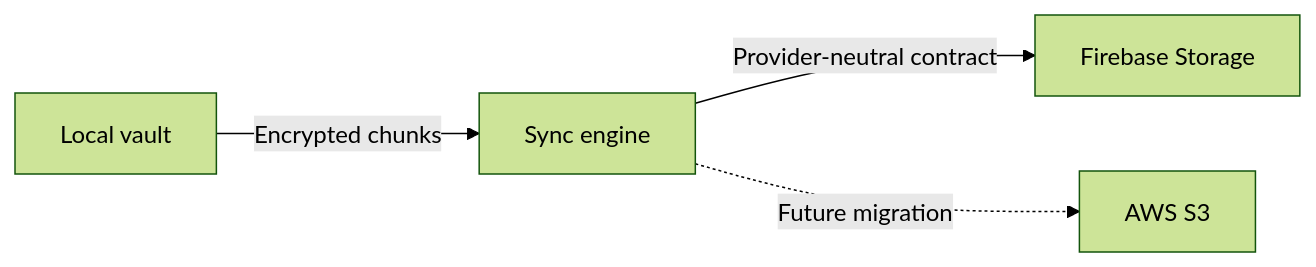
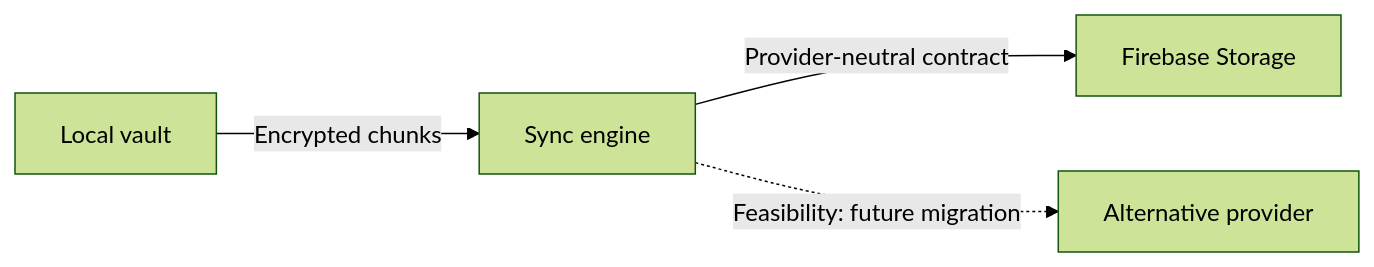
Before and after one commit to toollyscan/toolly-mobile: the third of 3 diagrams in docs/architecture/README.md, drawn with Mermaid (forest theme). The commit also changed other lines of this file and 10 other files, not shown here.

````diff
--- a/docs/architecture/README.md
+++ b/docs/architecture/README.md
@@ -97,6 +97,6 @@
 ```mermaid
 graph LR
     V[Local vault] -->|Encrypted chunks| S[Sync engine]
     S -->|Provider-neutral contract| F[Firebase Storage]
-    S -.->|Future migration| A[AWS S3]
+    S -.->|Feasibility: future migration| A[Alternative provider]
 ```
````
